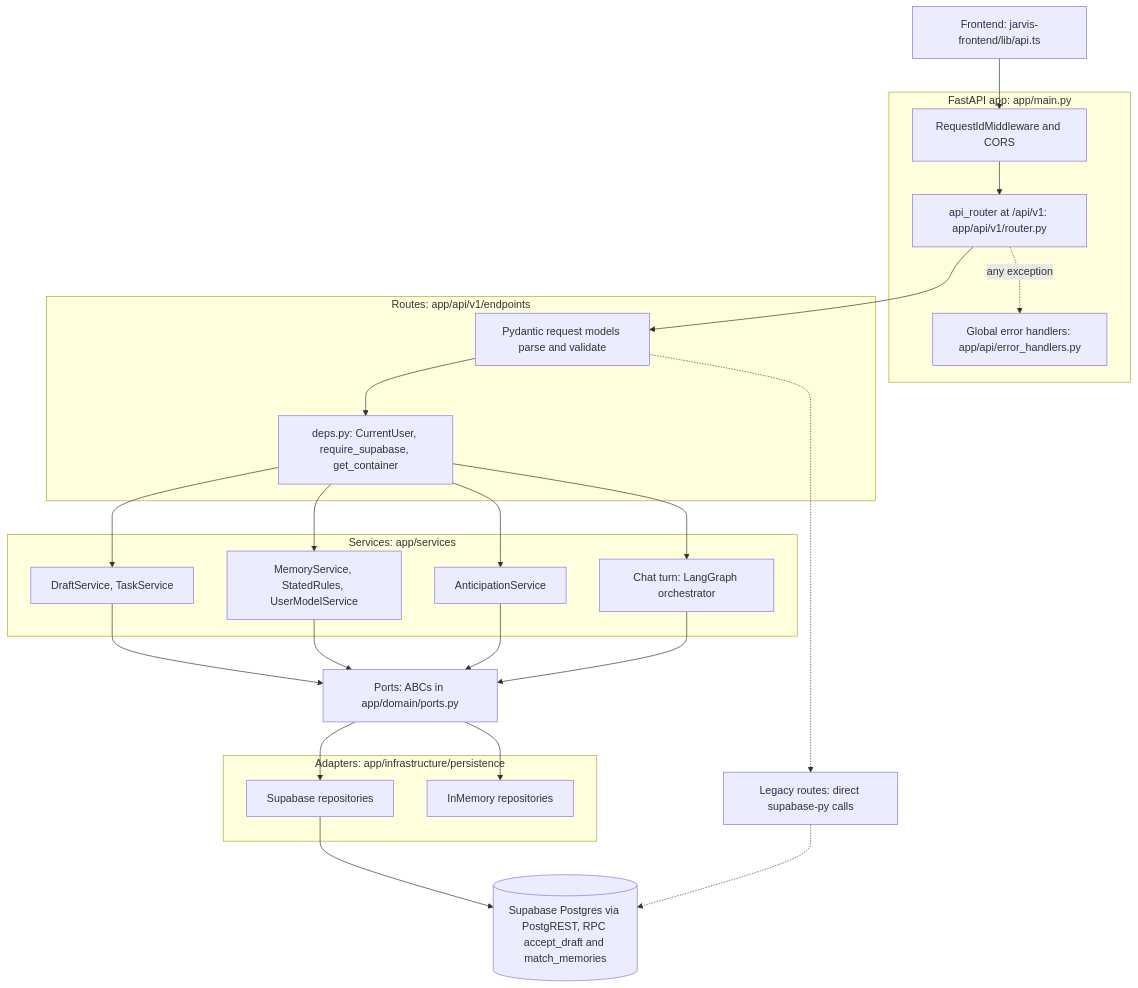
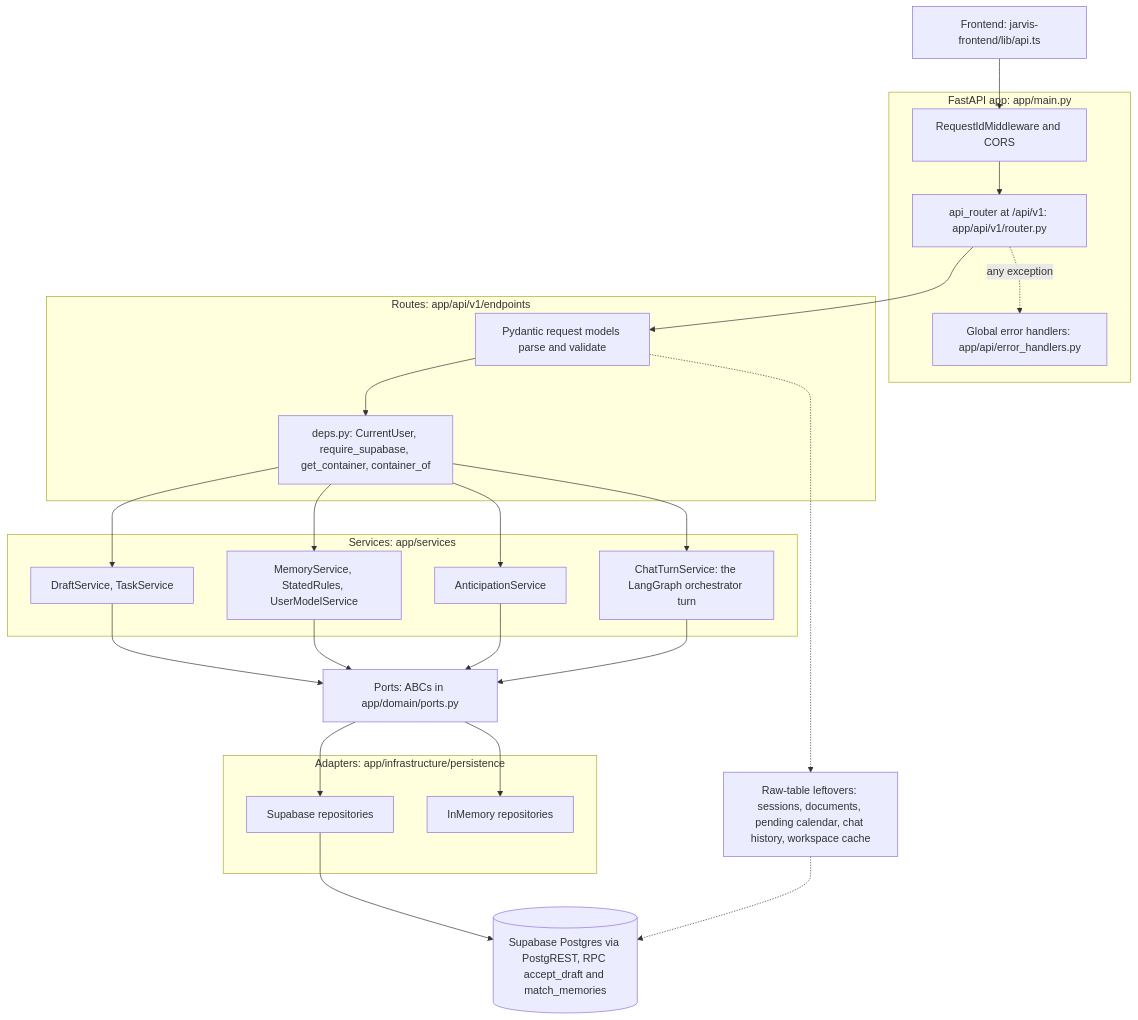
The first of 2 diagrams in docs/capstone/07-api-design.md (HackHeroic/Jarvis-Engine), drawn with Mermaid before and after one commit. The commit also changed other lines of this file and 8 other files, not shown here.

````diff
--- a/docs/capstone/07-api-design.md
+++ b/docs/capstone/07-api-design.md
@@ -30,45 +30,45 @@
 ```mermaid
 flowchart TB
     FE["Frontend: jarvis-frontend/lib/api.ts"]
     subgraph APP["FastAPI app: app/main.py"]
         MW["RequestIdMiddleware and CORS"]
         RT["api_router at /api/v1: app/api/v1/router.py"]
         EH["Global error handlers: app/api/error_handlers.py"]
     end
     subgraph EPS["Routes: app/api/v1/endpoints"]
         VAL["Pydantic request models parse and validate"]
-        DEP["deps.py: CurrentUser, require_supabase, get_container"]
+        DEP["deps.py: CurrentUser, require_supabase, get_container, container_of"]
     end
     subgraph SVC["Services: app/services"]
         S1["DraftService, TaskService"]
         S2["MemoryService, StatedRules, UserModelService"]
         S3["AnticipationService"]
-        S4["Chat turn: LangGraph orchestrator"]
+        S4["ChatTurnService: the LangGraph orchestrator turn"]
     end
     PORTS["Ports: ABCs in app/domain/ports.py"]
     subgraph ADP["Adapters: app/infrastructure/persistence"]
         SUP["Supabase repositories"]
         MEM["InMemory repositories"]
     end
     DB[("Supabase Postgres via PostgREST, RPC accept_draft and match_memories")]
-    LEG["Legacy routes: direct supabase-py calls"]
+    LEG["Raw-table leftovers: sessions, documents, pending calendar, chat history, workspace cache"]
 
     FE --> MW
     MW --> RT
     RT --> VAL
     VAL --> DEP
     DEP --> S1
     DEP --> S2
     DEP --> S3
     DEP --> S4
     S1 --> PORTS
     S2 --> PORTS
     S3 --> PORTS
     S4 --> PORTS
     PORTS --> SUP
     PORTS --> MEM
     SUP --> DB
     VAL -.-> LEG
     LEG -.-> DB
     RT -. any exception .-> EH
 ```
````
